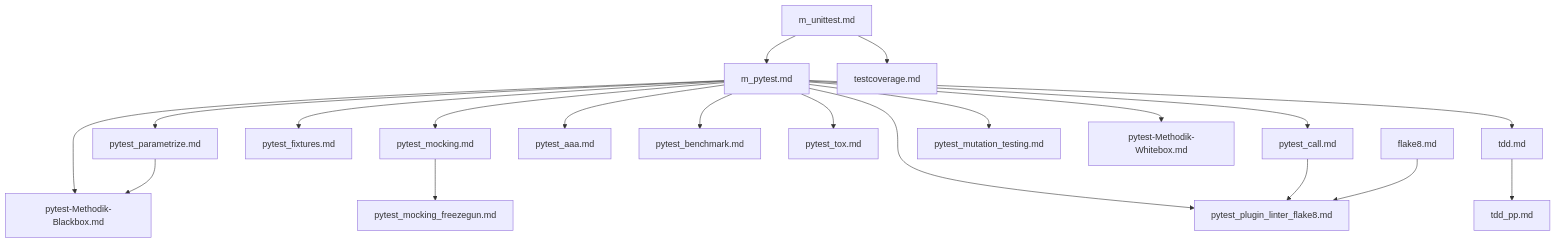
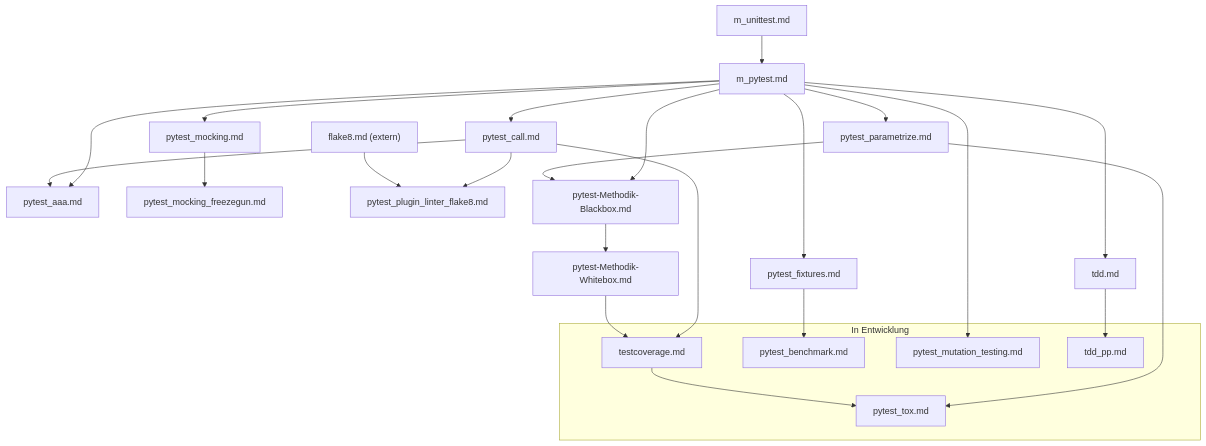
Before and after one commit to fubinf/propra-inf: the diagram in ch/Testen/Unittests/index.md, drawn with Mermaid. The commit also changed other lines of this file and 1 other file, not shown here.

````diff
--- a/ch/Testen/Unittests/index.md
+++ b/ch/Testen/Unittests/index.md
@@ -14,41 +17,46 @@
 ```mermaid
 graph TD
     m_unittest["m_unittest.md"]
     m_pytest["m_pytest.md"]
+    pytest_call["pytest_call.md"]
     pytest_parametrize["pytest_parametrize.md"]
+    pytest_aaa["pytest_aaa.md"]
+    pytest_fixtures["pytest_fixtures.md"]
     pytest_mocking["pytest_mocking.md"]
-    pytest_fixtures["pytest_fixtures.md"]
-    pytest_call["pytest_call.md"]
+    pytest_mocking_freezegun["pytest_mocking_freezegun.md"]
     pytest_plugin_linter_flake8["pytest_plugin_linter_flake8.md"]
-    pytest_aaa["pytest_aaa.md"]
-    pytest_benchmark["pytest_benchmark.md"]
-    pytest_tox["pytest_tox.md"]
     tdd["tdd.md"]
-    tdd_pp["tdd_pp.md"]
-    testcoverage["testcoverage.md"]
-    pytest_mocking_freezegun["pytest_mocking_freezegun.md"]
-    pytest_mutation_testing["pytest_mutation_testing.md"]
     pytest_methodik_blackbox["pytest-Methodik-Blackbox.md"]
     pytest_methodik_whitebox["pytest-Methodik-Whitebox.md"]
-    flake8["flake8.md"]
+    flake8_ext["flake8.md (extern)"]
+
+    subgraph draft_group ["In Entwicklung"]
+        testcoverage["testcoverage.md"]
+        pytest_benchmark["pytest_benchmark.md"]
+        pytest_tox["pytest_tox.md"]
+        pytest_mutation_testing["pytest_mutation_testing.md"]
+        tdd_pp["tdd_pp.md"]
+    end
 
     m_unittest --> m_pytest
-    m_unittest --> testcoverage
+    m_pytest --> pytest_call
     m_pytest --> pytest_parametrize
+    m_pytest --> pytest_aaa
+    m_pytest --> pytest_fixtures
     m_pytest --> pytest_mocking
-    m_pytest --> pytest_fixtures
-    m_pytest --> pytest_call
-    m_pytest --> pytest_aaa
-    m_pytest --> pytest_benchmark
-    m_pytest --> pytest_tox
     m_pytest --> tdd
+    m_pytest --> pytest_methodik_blackbox
     m_pytest --> pytest_mutation_testing
-    m_pytest --> pytest_methodik_blackbox
-    m_pytest --> pytest_methodik_whitebox
-    m_pytest --> pytest_plugin_linter_flake8
+    pytest_call --> pytest_aaa
     pytest_call --> pytest_plugin_linter_flake8
-    flake8 --> pytest_plugin_linter_flake8
+    pytest_call --> testcoverage
+    pytest_parametrize --> pytest_methodik_blackbox
+    pytest_parametrize --> pytest_tox
+    pytest_methodik_blackbox --> pytest_methodik_whitebox
+    pytest_methodik_whitebox --> testcoverage
     pytest_mocking --> pytest_mocking_freezegun
-    pytest_parametrize --> pytest_methodik_blackbox
+    pytest_fixtures --> pytest_benchmark
     tdd --> tdd_pp
+    testcoverage --> pytest_tox
+    flake8_ext --> pytest_plugin_linter_flake8
 ```
````
